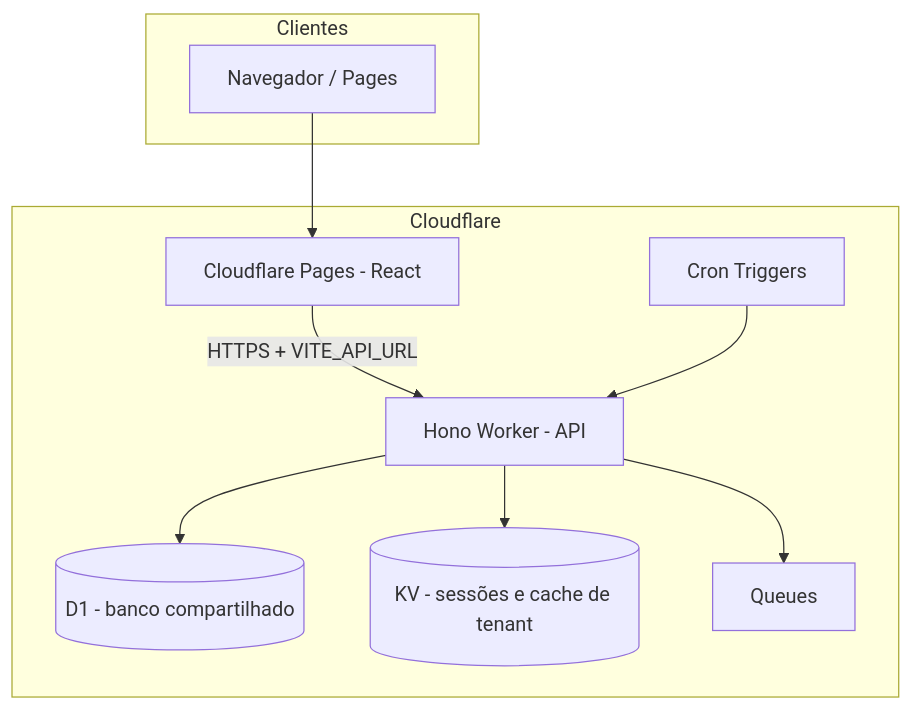
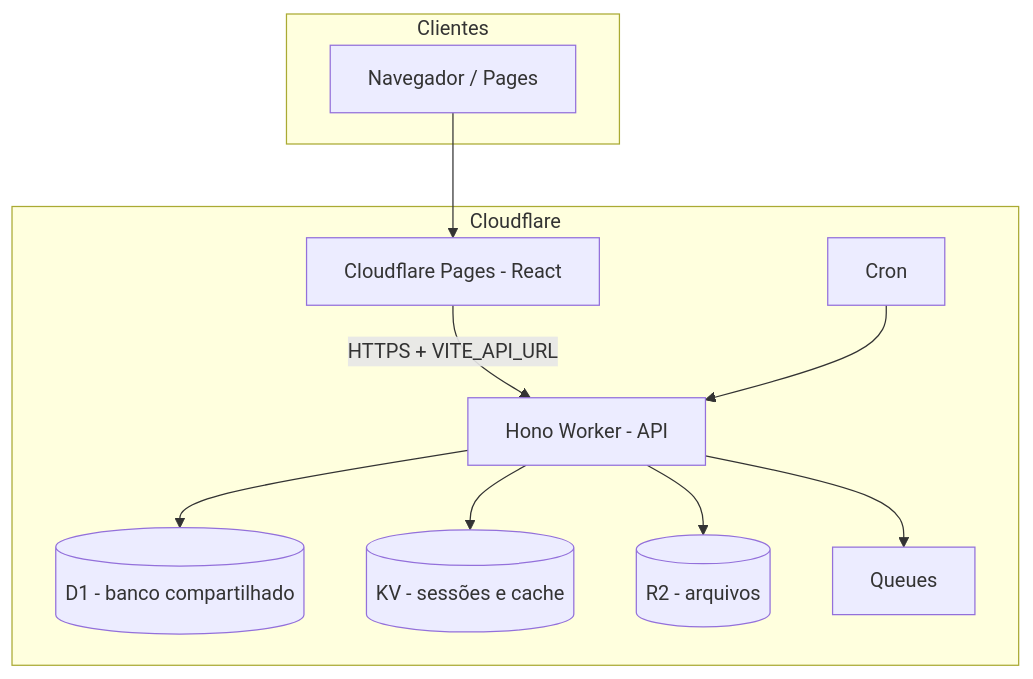
One commit to CristianAndrioli/siscr changed the diagram in README.md. Above: the diagram before and after it, drawn with Mermaid. The commit also changed other lines of this file and 4 other files, not shown here.

````diff
--- a/README.md
+++ b/README.md
@@ -39,20 +41,22 @@
 ```mermaid
 flowchart TB
   subgraph clients [Clientes]
     Browser[Navegador / Pages]
   end
   subgraph cf [Cloudflare]
     Pages[Cloudflare Pages - React]
     Worker[Hono Worker - API]
     D1[(D1 - banco compartilhado)]
-    KV[(KV - sessões e cache de tenant)]
+    KV[(KV - sessões e cache)]
+    R2[(R2 - arquivos)]
     Q[Queues]
-    Cron[Cron Triggers]
+    Cron[Cron]
   end
   Browser --> Pages
   Pages -->|HTTPS + VITE_API_URL| Worker
   Worker --> D1
   Worker --> KV
+  Worker --> R2
   Worker --> Q
   Cron --> Worker
 ```
````
